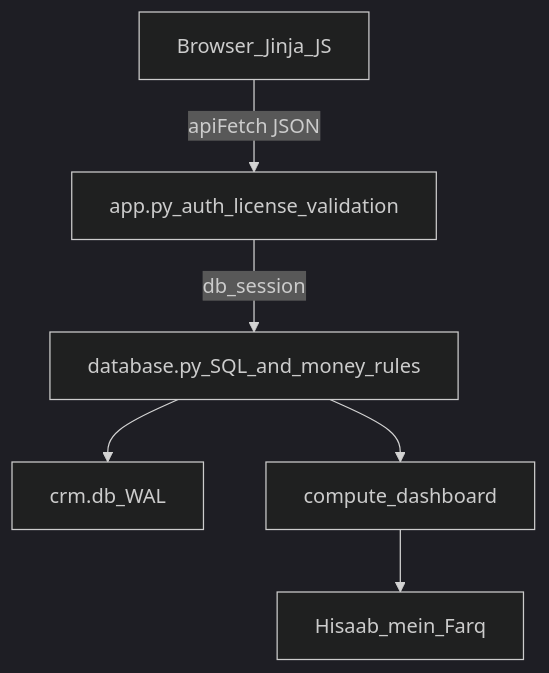
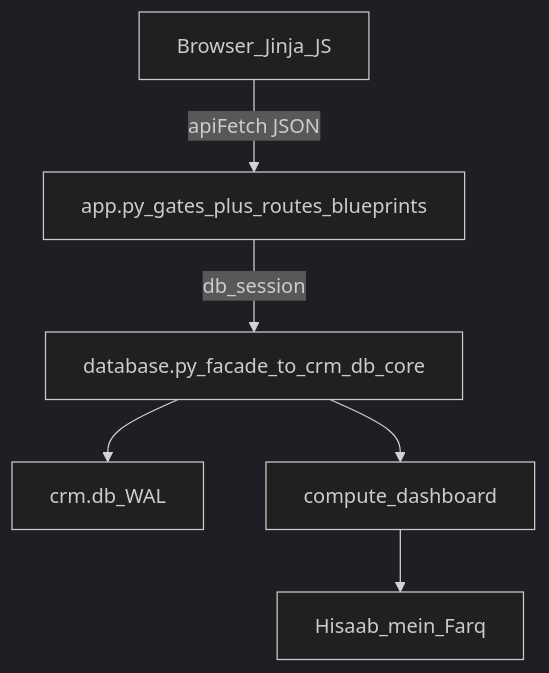
Before and after one commit to HeavyGod-hehe/MobileCRM: the diagram in artifacts/CRM_FULL_AUDIT_REPORT.md, drawn with Mermaid (dark theme). The commit also changed other lines of this file and 3 other files, not shown here.

First line of the commit message:
docs: record cleanup roadmap; fix database facade for test patches

````diff
--- a/artifacts/CRM_FULL_AUDIT_REPORT.md
+++ b/artifacts/CRM_FULL_AUDIT_REPORT.md
@@ -74,12 +75,12 @@
 ```mermaid
 flowchart TB
   Browser[Browser_Jinja_JS]
-  App[app.py_auth_license_validation]
-  DB[database.py_SQL_and_money_rules]
+  App[app.py_gates_plus_routes_blueprints]
+  DB[database.py_facade_to_crm_db_core]
   SQLite[crm.db_WAL]
   Browser -->|"apiFetch JSON"| App
   App -->|"db_session"| DB
   DB --> SQLite
   DB --> Formula[compute_dashboard]
   Formula --> Gap[Hisaab_mein_Farq]
 ```
````
